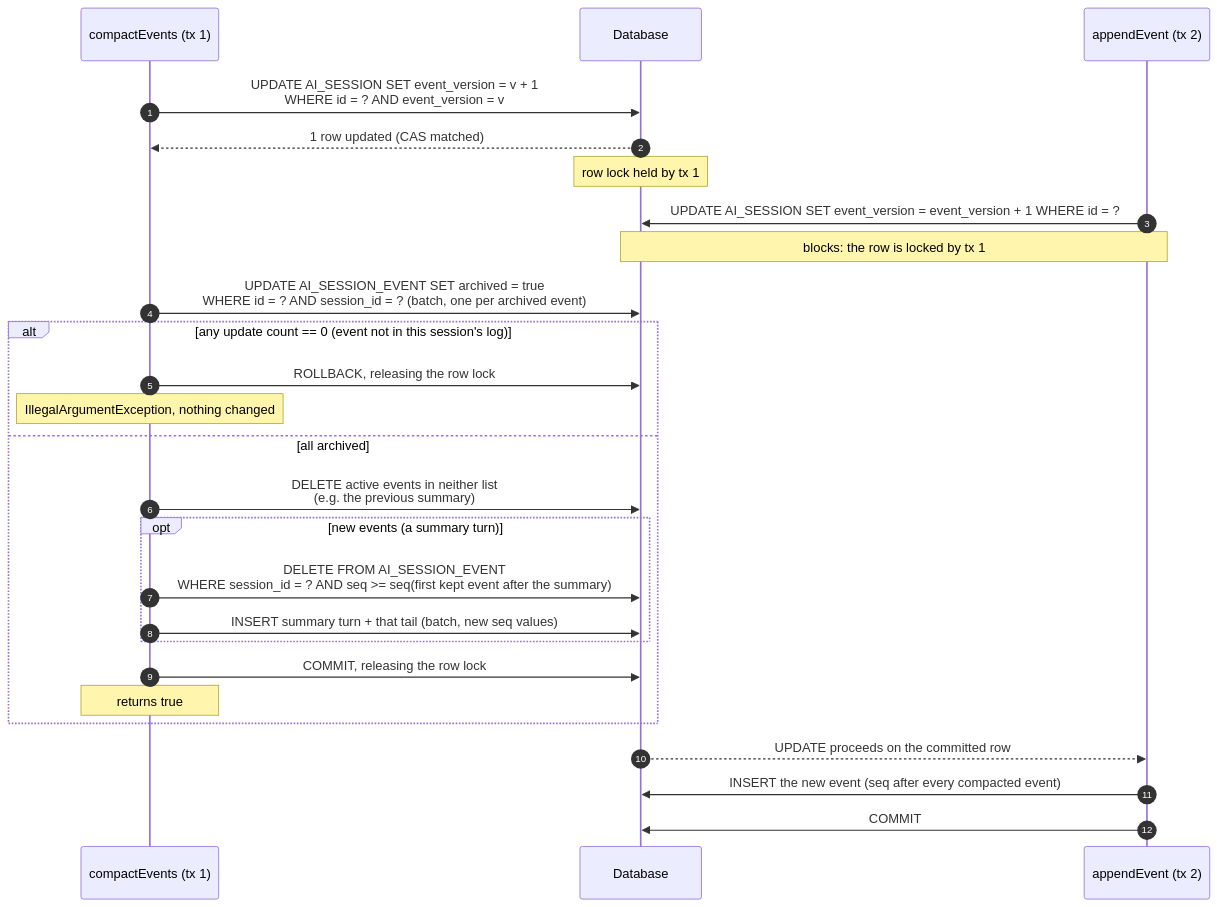
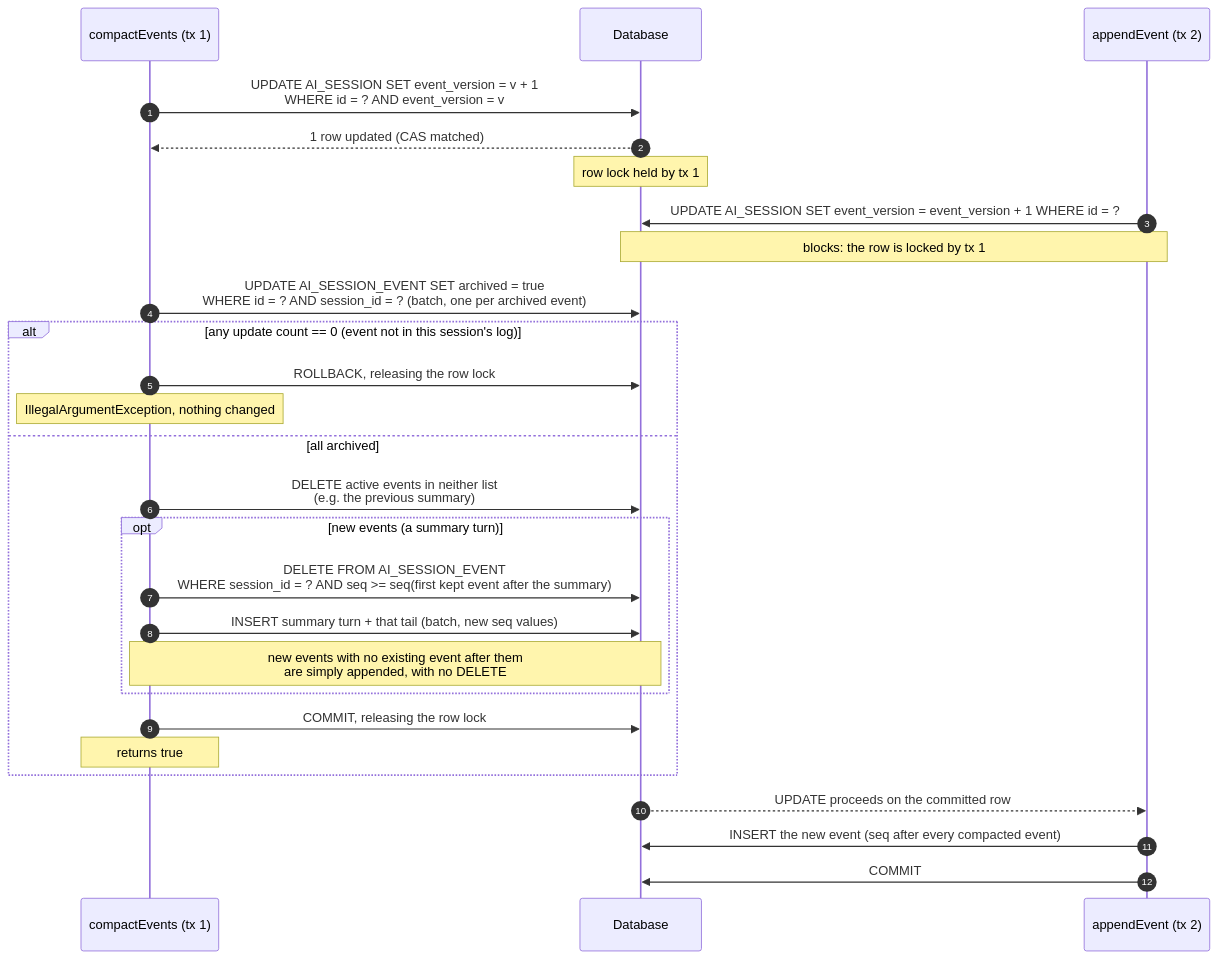
The seventh of 7 diagrams in docs/session-management/compaction-internals.md (andotorg/spring-ai-session), drawn with Mermaid before and after one commit. The commit also changed 9 other files, not shown here.

````diff
--- a/docs/session-management/compaction-internals.md
+++ b/docs/session-management/compaction-internals.md
@@ -360,29 +360,30 @@
 ```mermaid
 sequenceDiagram
     autonumber
     participant C as compactEvents (tx 1)
     participant DB as Database
     participant A as appendEvent (tx 2)
 
     C->>DB: UPDATE AI_SESSION SET event_version = v + 1<br/>WHERE id = ? AND event_version = v
     DB-->>C: 1 row updated (CAS matched)
     Note over DB: row lock held by tx 1
     A->>DB: UPDATE AI_SESSION SET event_version = event_version + 1 WHERE id = ?
     Note over A,DB: blocks: the row is locked by tx 1
     C->>DB: UPDATE AI_SESSION_EVENT SET archived = true<br/>WHERE id = ? AND session_id = ? (batch, one per archived event)
     alt any update count == 0 (event not in this session's log)
         C->>DB: ROLLBACK, releasing the row lock
         Note over C: IllegalArgumentException, nothing changed
     else all archived
         C->>DB: DELETE active events in neither list<br/>(e.g. the previous summary)
         opt new events (a summary turn)
             C->>DB: DELETE FROM AI_SESSION_EVENT<br/>WHERE session_id = ? AND seq >= seq(first kept event after the summary)
             C->>DB: INSERT summary turn + that tail (batch, new seq values)
+            Note over C,DB: new events with no existing event after them<br/>are simply appended, with no DELETE
         end
         C->>DB: COMMIT, releasing the row lock
         Note over C: returns true
     end
     DB-->>A: UPDATE proceeds on the committed row
     A->>DB: INSERT the new event (seq after every compacted event)
     A->>DB: COMMIT
 ```
````
